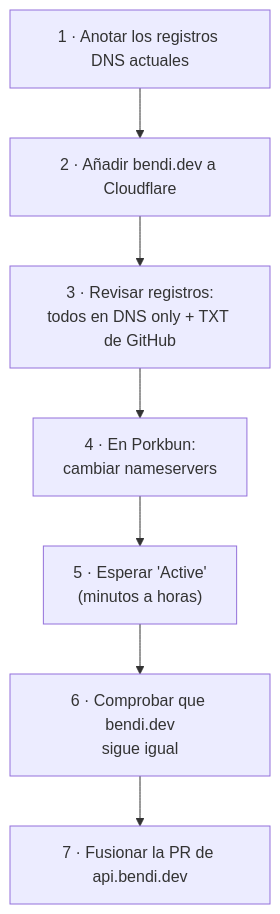
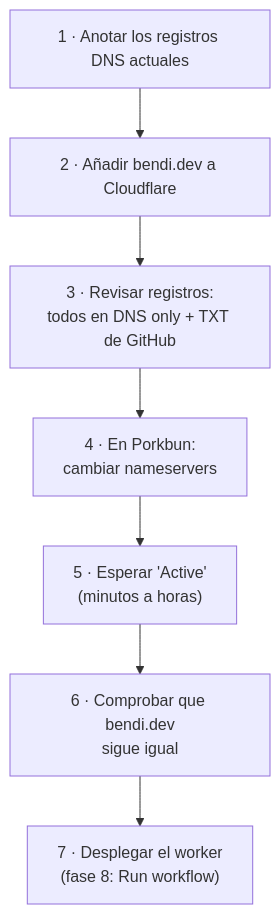
Diagram 13 of 17 in docs/GUIA.md (serbenda/marquesina), drawn with Mermaid before and after one commit. The commit also changed other lines of this file and 19 other files, not shown here.

````diff
--- a/docs/GUIA.md
+++ b/docs/GUIA.md
@@ -532,9 +557,9 @@
 ```mermaid
 flowchart TB
   A["1 · Anotar los registros DNS actuales"] --> B["2 · Añadir bendi.dev a Cloudflare"]
   B --> C["3 · Revisar registros:<br/>todos en DNS only + TXT de GitHub"]
   C --> D["4 · En Porkbun:<br/>cambiar nameservers"]
   D --> E["5 · Esperar 'Active'<br/>(minutos a horas)"]
   E --> F["6 · Comprobar que bendi.dev<br/>sigue igual"]
-  F --> G["7 · Fusionar la PR de api.bendi.dev"]
+  F --> G["7 · Desplegar el worker<br/>(fase 8: Run workflow)"]
 ```
````
